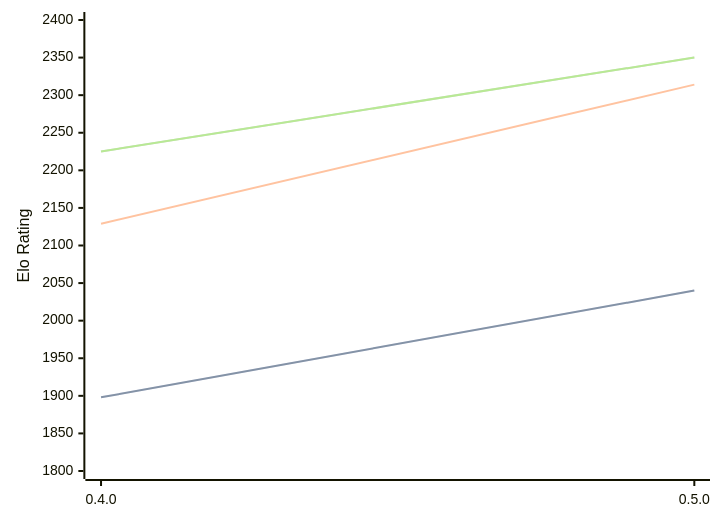
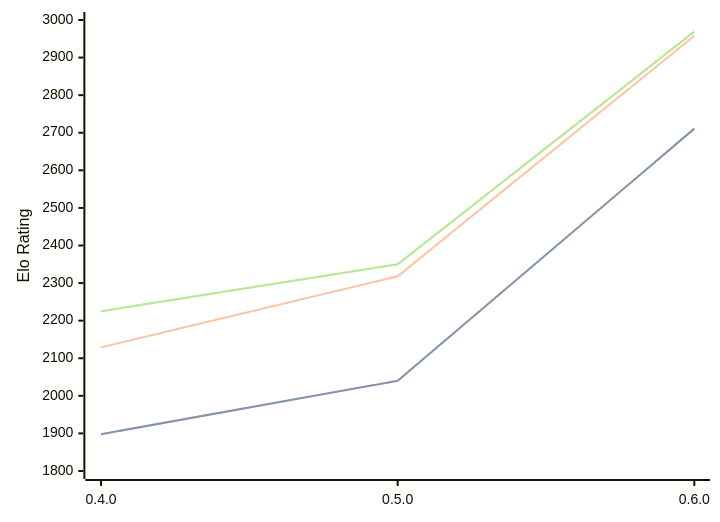
The diagram in engines/Atenika.md (computer-chess-index/cci), drawn with Mermaid before and after one commit. The commit also changed other lines of this file, not shown here.

Commit message:
Update CCI Ratings (ELO VLTC) - 2026-09-15

````diff
--- a/engines/Atenika.md
+++ b/engines/Atenika.md
@@ -32,11 +33,11 @@
 ```mermaid
 %%{init: {"theme":"base","themeVariables":{"seriesColors:['#a3a3a3','#222221','#faa371']}}}%%
 xychart-beta
-  x-axis ["0.4.0", "0.5.0"]
-  y-axis "Elo Rating" 1800 --> 2400
-  line "" [1898, 2040]
-  line "STC (8.0+0.08s)" [1898, 2040]
-  line "LTC (60.0+0.60s)" [2129, 2314]
-  line "" [2225, 2350]
-  line "VLTC (2m24s+1.12s)" [2225, 2350]
+  x-axis ["0.4.0", "0.5.0", "0.6.0"]
+  y-axis "Elo Rating" 1800 --> 3000
+  line "" [1898, 2040, 2711]
+  line "STC (8.0+0.08s)" [1898, 2040, 2711]
+  line "LTC (60.0+0.60s)" [2129, 2318, 2958]
+  line "" [2225, 2350, 2969]
+  line "VLTC (2m24s+1.12s)" [2225, 2350, 2969]
 ```
````
